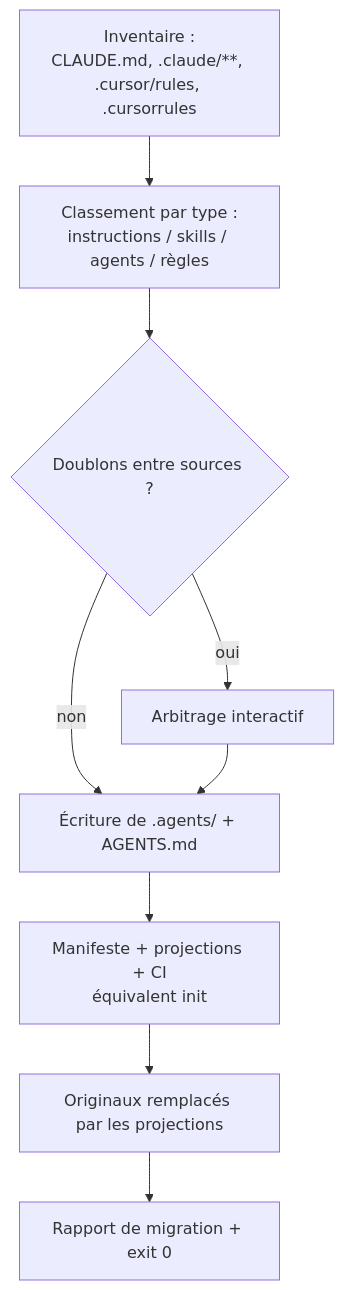
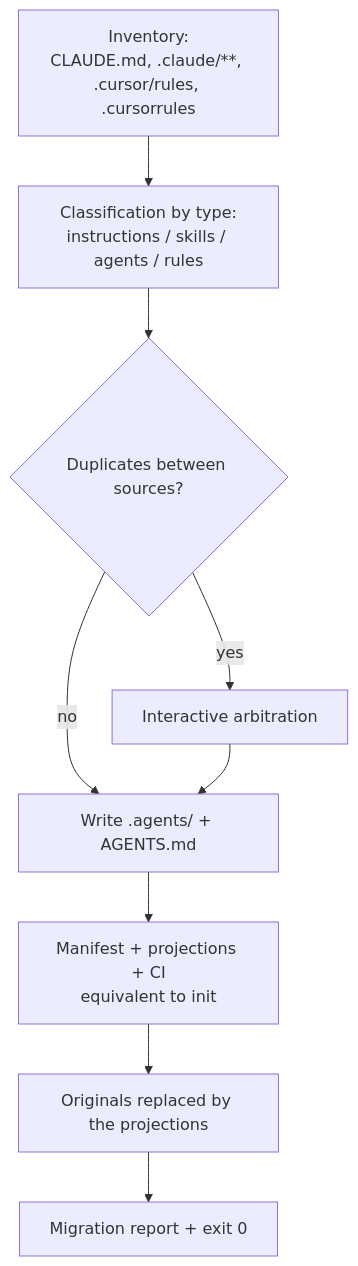
One commit to PicardRaphael/agentsdir changed the fourth of 4 diagrams in docs/commandes.md. Above: the diagram before and after it, drawn with Mermaid. The commit also changed other lines of this file and 23 other files, not shown here.

````diff
--- a/docs/commandes.md
+++ b/docs/commandes.md
@@ -603,11 +604,11 @@
 ```mermaid
 flowchart TD
-    A[Inventaire :<br/>CLAUDE.md, .claude/**, .cursor/rules, .cursorrules] --> B[Classement par type :<br/>instructions / skills / agents / règles]
-    B --> C{Doublons entre sources ?}
-    C -- oui --> D[Arbitrage interactif]
-    C -- non --> E[Écriture de .agents/ + AGENTS.md]
+    A[Inventory:<br/>CLAUDE.md, .claude/**, .cursor/rules, .cursorrules] --> B[Classification by type:<br/>instructions / skills / agents / rules]
+    B --> C{Duplicates between sources?}
+    C -- yes --> D[Interactive arbitration]
+    C -- no --> E[Write .agents/ + AGENTS.md]
     D --> E
-    E --> F[Manifeste + projections + CI<br/>équivalent init]
-    F --> G[Originaux remplacés par les projections]
-    G --> H[Rapport de migration + exit 0]
+    E --> F[Manifest + projections + CI<br/>equivalent to init]
+    F --> G[Originals replaced by the projections]
+    G --> H[Migration report + exit 0]
 ```
````
